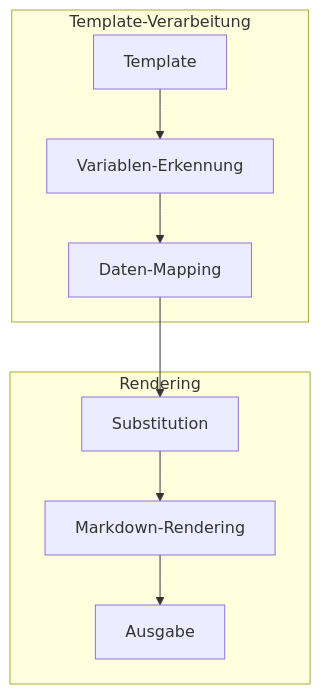
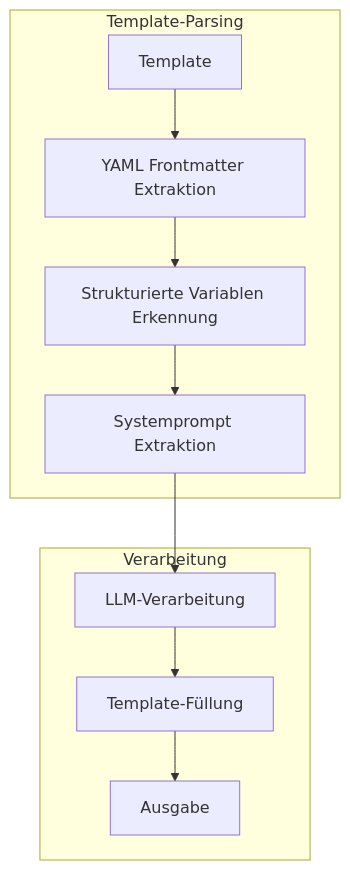
The diagram in docs/08_templates.md (bCommonsLAB/CommonSecretaryServices), drawn with Mermaid before and after one commit. The commit also changed other lines of this file and 6 other files, not shown here.

````diff
--- a/docs/08_templates.md
+++ b/docs/08_templates.md
@@ -9,20 +9,22 @@
 ```mermaid
 graph TD
-    A[Template] --> B[Variablen-Erkennung]
-    B --> C[Daten-Mapping]
-    C --> D[Substitution]
-    D --> E[Markdown-Rendering]
-    E --> F[Ausgabe]
+    A[Template] --> B[YAML Frontmatter Extraktion]
+    B --> C[Strukturierte Variablen Erkennung]
+    C --> D[Systemprompt Extraktion]
+    D --> E[LLM-Verarbeitung]
+    E --> F[Template-Füllung]
+    F --> G[Ausgabe]
     
-    subgraph "Template-Verarbeitung"
+    subgraph "Template-Parsing"
     A
     B
     C
+    D
     end
     
-    subgraph "Rendering"
-    D
+    subgraph "Verarbeitung"
     E
     F
+    G
     end
 ```
````
